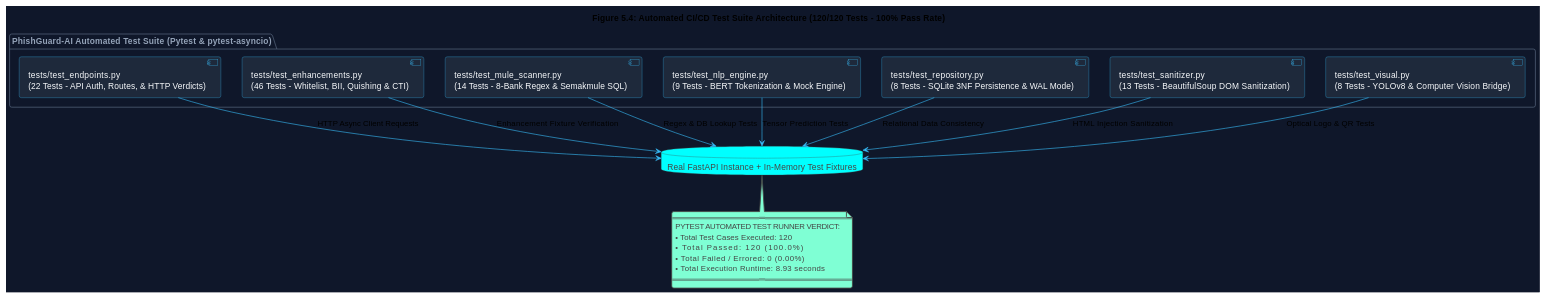
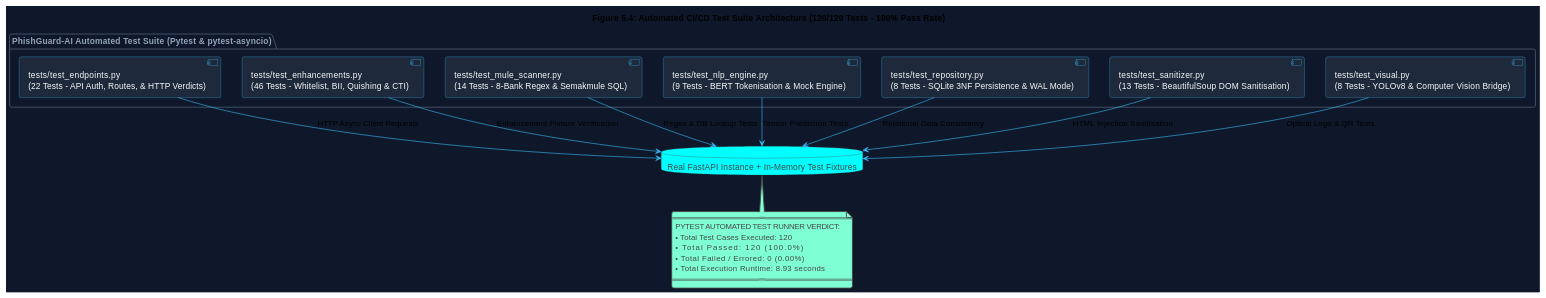
Before and after one commit to KunTheNoobie/PhishGuard-AI-Complete: the fourth of 4 diagrams in report/Chapter_5_Implementation_Testing.md, drawn with PlantUML. The commit also changed other lines of this file, not shown here.

````diff
--- a/report/Chapter_5_Implementation_Testing.md
+++ b/report/Chapter_5_Implementation_Testing.md
@@ -460,45 +462,45 @@
 ```plantuml
 @startuml Test_Suite_Architecture_Chapter_5
 !theme vibrant
 skinparam backgroundColor #0f172a
 skinparam ArrowColor #38bdf8
 skinparam ComponentBorderColor #38bdf8
 skinparam ComponentBackgroundColor #1e293b
 skinparam ComponentFontColor #f8fafc
 skinparam PackageBorderColor #64748b
 skinparam PackageFontColor #94a3b8
 
 title Figure 5.4: Automated CI/CD Test Suite Architecture (120/120 Tests - 100% Pass Rate)
 
 package "PhishGuard-AI Automated Test Suite (Pytest & pytest-asyncio)" {
     [tests/test_endpoints.py\n(22 Tests - API Auth, Routes, & HTTP Verdicts)] as T1
     [tests/test_enhancements.py\n(46 Tests - Whitelist, BII, Quishing & CTI)] as T2
     [tests/test_mule_scanner.py\n(14 Tests - 8-Bank Regex & Semakmule SQL)] as T3
-    [tests/test_nlp_engine.py\n(9 Tests - BERT Tokenization & Mock Engine)] as T4
+    [tests/test_nlp_engine.py\n(9 Tests - BERT Tokenisation & Mock Engine)] as T4
     [tests/test_repository.py\n(8 Tests - SQLite 3NF Persistence & WAL Mode)] as T5
-    [tests/test_sanitizer.py\n(13 Tests - BeautifulSoup DOM Sanitization)] as T6
+    [tests/test_sanitizer.py\n(13 Tests - BeautifulSoup DOM Sanitisation)] as T6
     [tests/test_visual.py\n(8 Tests - YOLOv8 & Computer Vision Bridge)] as T7
 }
 
 database "Real FastAPI Instance + In-Memory Test Fixtures" as TestApp
 
 T1 --> TestApp : HTTP Async Client Requests
 T2 --> TestApp : Enhancement Fixture Verification
 T3 --> TestApp : Regex & DB Lookup Tests
 T4 --> TestApp : Tensor Prediction Tests
 T5 --> TestApp : Relational Data Consistency
-T6 --> TestApp : HTML Injection Sanitization
+T6 --> TestApp : HTML Injection Sanitisation
 T7 --> TestApp : Optical Logo & QR Tests
 
 note bottom of TestApp
   =========================================
   PYTEST AUTOMATED TEST RUNNER VERDICT:
   • Total Test Cases Executed: 120
   • Total Passed:              120 (100.0%)
   • Total Failed / Errored:    0   (0.00%)
   • Total Execution Runtime:   8.93 seconds
   =========================================
 end note
 
 @enduml
 ```
````
